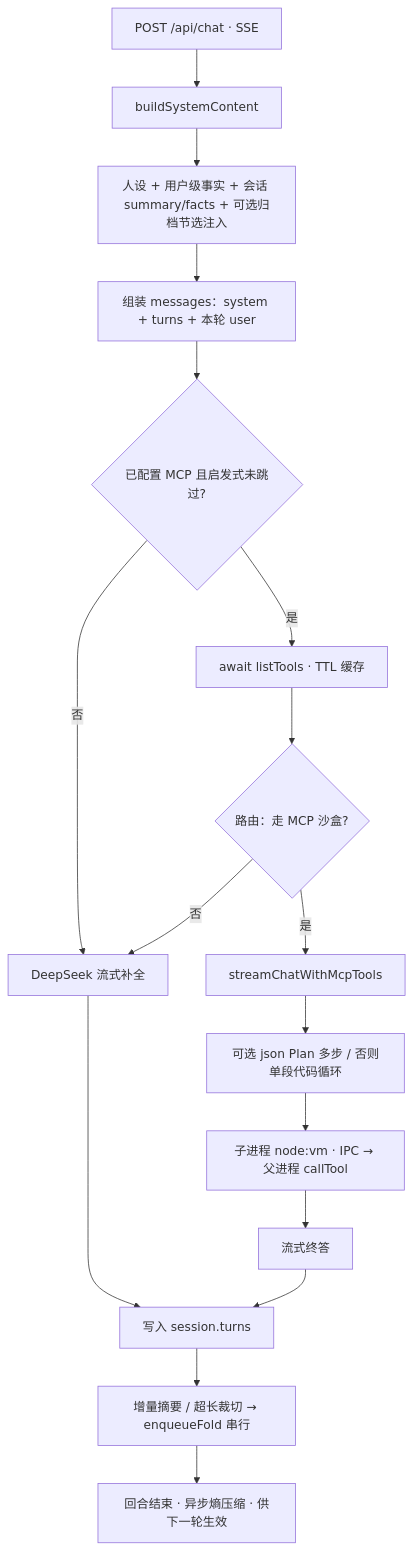
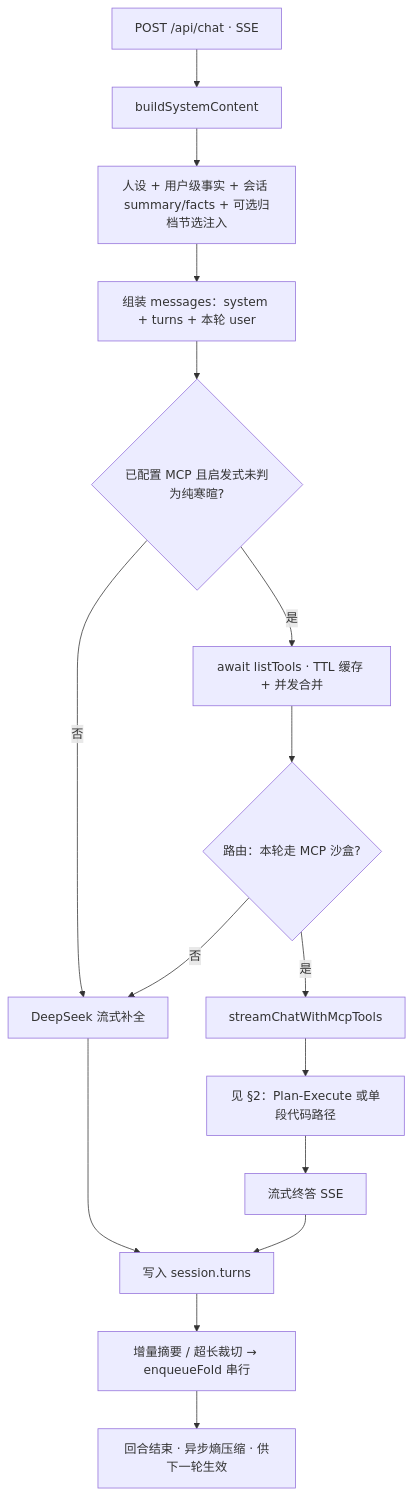
The first of 3 diagrams in apps/chatbot-memory/docs/ARCHITECTURE.md (laoyutong/ai-agent-family), drawn with Mermaid before and after one commit. The commit also changed other lines of this file, not shown here.

````diff
--- a/apps/chatbot-memory/docs/ARCHITECTURE.md
+++ b/apps/chatbot-memory/docs/ARCHITECTURE.md
@@ -11,19 +9,18 @@
 ```mermaid
 flowchart TD
   A[POST /api/chat · SSE] --> B[buildSystemContent]
   B --> B1[人设 + 用户级事实 + 会话 summary/facts + 可选归档节选注入]
   B1 --> C[组装 messages：system + turns + 本轮 user]
-  C --> D{已配置 MCP 且启发式未跳过?}
+  C --> D{已配置 MCP 且启发式未判为纯寒暄?}
   D -->|否| H[DeepSeek 流式补全]
-  D -->|是| E[await listTools · TTL 缓存]
-  E --> F{路由：走 MCP 沙盒?}
+  D -->|是| E[await listTools · TTL 缓存 + 并发合并]
+  E --> F{路由：本轮走 MCP 沙盒?}
   F -->|否| H
   F -->|是| G[streamChatWithMcpTools]
-  G --> G1[可选 json Plan 多步 / 否则单段代码循环]
-  G1 --> G2[子进程 node:vm · IPC → 父进程 callTool]
-  G2 --> G3[流式终答]
+  G --> GPE[见 §2：Plan-Execute 或单段代码路径]
+  GPE --> G3[流式终答 SSE]
   G3 --> I[写入 session.turns]
   H --> I
   I --> J[增量摘要 / 超长裁切 → enqueueFold 串行]
   J --> K[回合结束 · 异步熵压缩 · 供下一轮生效]
 ```
````
